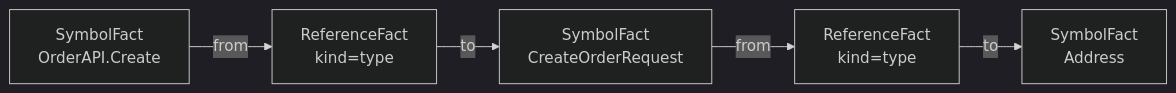
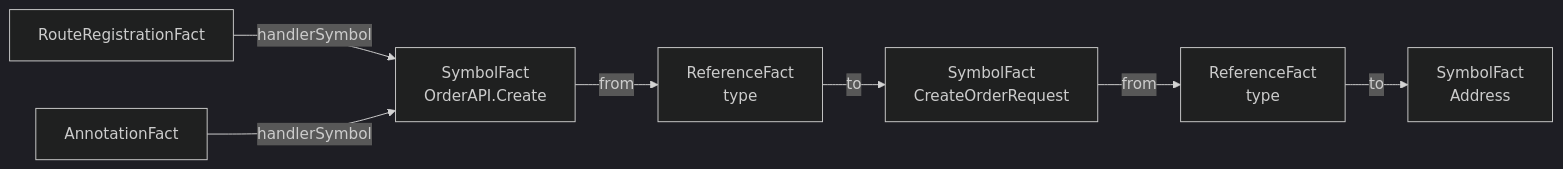
One commit to Flying-Bird1999/go-analyzer changed the tenth of 17 diagrams in TECH-DESIGN-impact-analysis.md. Above: the diagram before and after it, drawn with Mermaid (dark theme). The commit also changed other lines of this file and 1 other file, not shown here.

````diff
--- a/TECH-DESIGN-impact-analysis.md
+++ b/TECH-DESIGN-impact-analysis.md
@@ -439,13 +731,15 @@
 ```mermaid
 flowchart LR
+    ADDRESS["SymbolFact<br/>Address"]
+    REF1["ReferenceFact<br/>type"]
+    REQUEST["SymbolFact<br/>CreateOrderRequest"]
+    REF2["ReferenceFact<br/>type"]
     CREATE["SymbolFact<br/>OrderAPI.Create"]
-    REF1["ReferenceFact<br/>kind=type"]
-    REQUEST["SymbolFact<br/>CreateOrderRequest"]
-    REF2["ReferenceFact<br/>kind=type"]
-    ADDRESS["SymbolFact<br/>Address"]
+    ROUTE["RouteRegistrationFact"]
+    ANNO["AnnotationFact"]
 
-    CREATE -->|"from"| REF1
-    REF1 -->|"to"| REQUEST
-    REQUEST -->|"from"| REF2
-    REF2 -->|"to"| ADDRESS
+    REQUEST -->|"from"| REF1 -->|"to"| ADDRESS
+    CREATE -->|"from"| REF2 -->|"to"| REQUEST
+    ROUTE -->|"handlerSymbol"| CREATE
+    ANNO -->|"handlerSymbol"| CREATE
 ```
````
